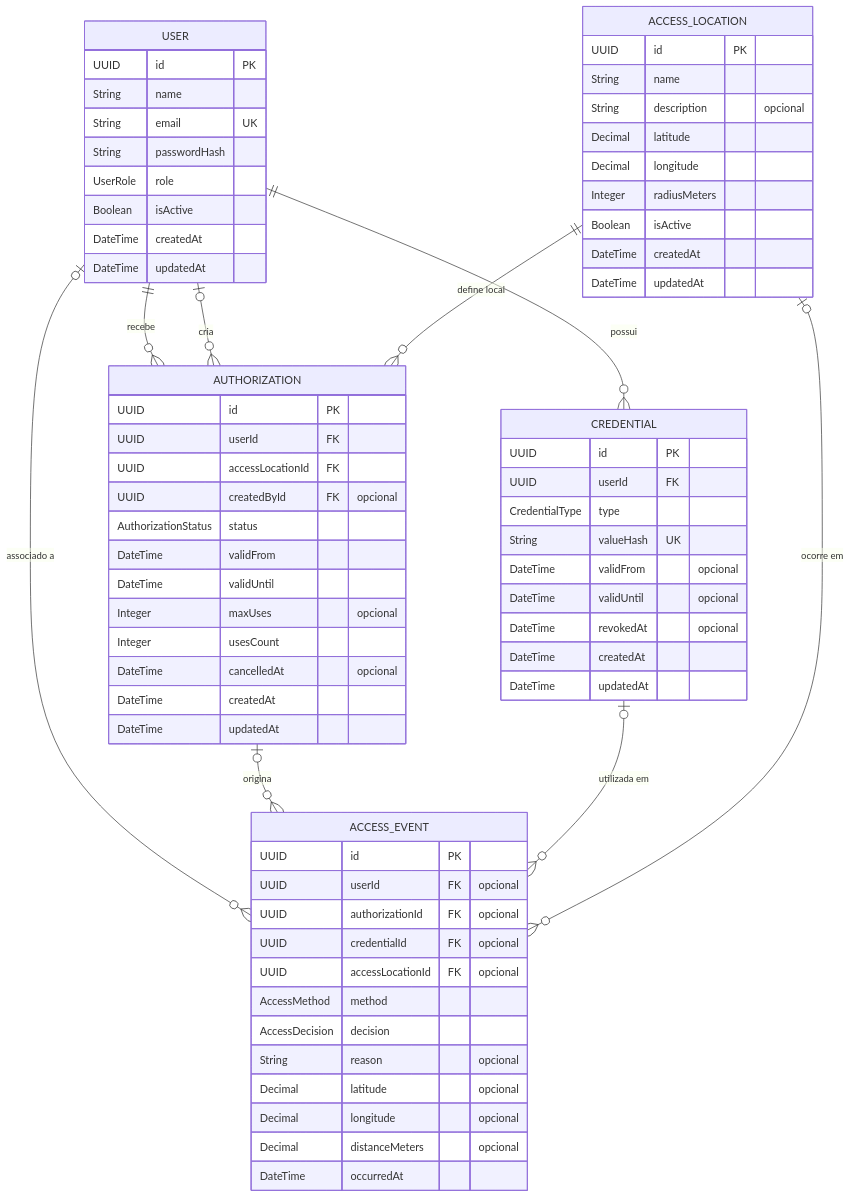
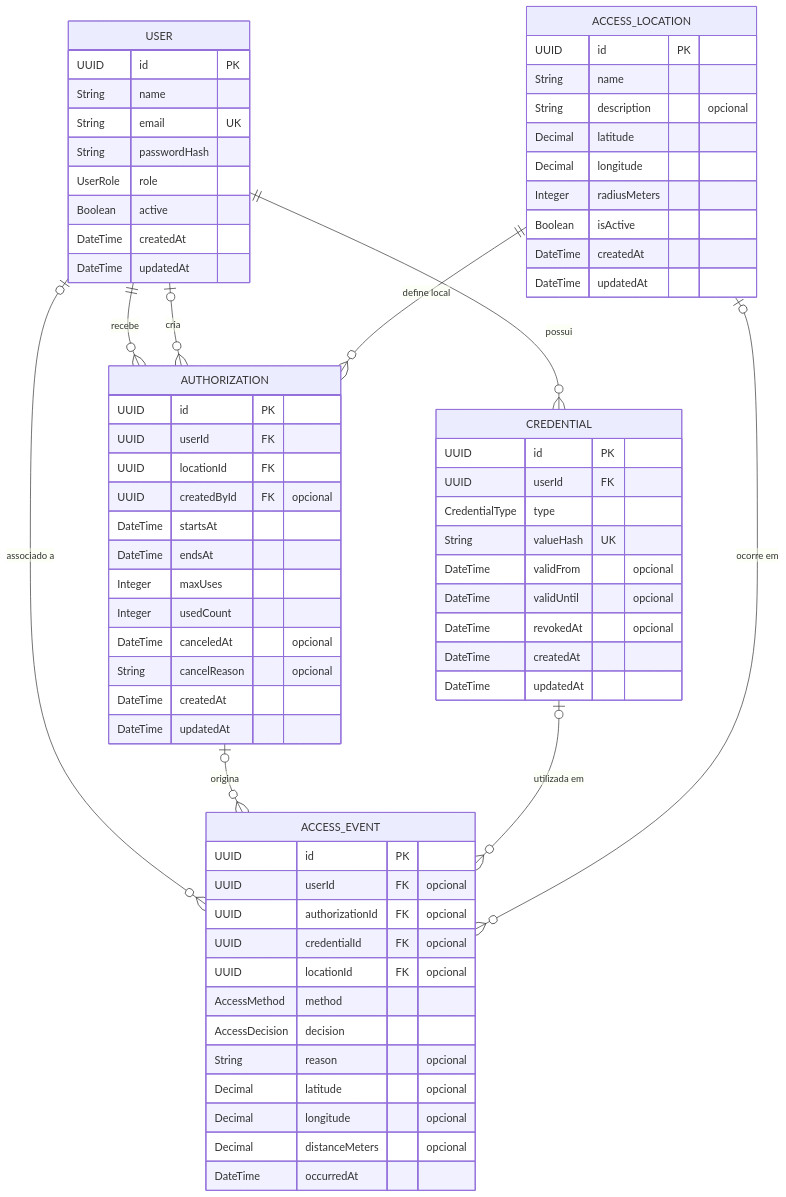
The diagram in docs/architecture/modelo-dados.md (ErrorSquad-ABP/ABP4-Sistema-Controle-Acesso), drawn with Mermaid before and after one commit. The commit also changed other lines of this file and 5 other files, not shown here.

````diff
--- a/docs/architecture/modelo-dados.md
+++ b/docs/architecture/modelo-dados.md
@@ -5,76 +7,76 @@
 ```mermaid
 erDiagram
     USER {
         UUID id PK
         String name
         String email UK
         String passwordHash
         UserRole role
-        Boolean isActive
+        Boolean active
         DateTime createdAt
         DateTime updatedAt
     }
 
     ACCESS_LOCATION {
         UUID id PK
         String name
         String description "opcional"
         Decimal latitude
         Decimal longitude
         Integer radiusMeters
         Boolean isActive
         DateTime createdAt
         DateTime updatedAt
     }
 
     AUTHORIZATION {
         UUID id PK
         UUID userId FK
-        UUID accessLocationId FK
+        UUID locationId FK
         UUID createdById FK "opcional"
-        AuthorizationStatus status
-        DateTime validFrom
-        DateTime validUntil
-        Integer maxUses "opcional"
-        Integer usesCount
-        DateTime cancelledAt "opcional"
+        DateTime startsAt
+        DateTime endsAt
+        Integer maxUses
+        Integer usedCount
+        DateTime canceledAt "opcional"
+        String cancelReason "opcional"
         DateTime createdAt
         DateTime updatedAt
     }
 
     CREDENTIAL {
         UUID id PK
         UUID userId FK
         CredentialType type
         String valueHash UK
         DateTime validFrom "opcional"
         DateTime validUntil "opcional"
         DateTime revokedAt "opcional"
         DateTime createdAt
         DateTime updatedAt
     }
 
     ACCESS_EVENT {
         UUID id PK
         UUID userId FK "opcional"
         UUID authorizationId FK "opcional"
         UUID credentialId FK "opcional"
-        UUID accessLocationId FK "opcional"
+        UUID locationId FK "opcional"
         AccessMethod method
         AccessDecision decision
         String reason "opcional"
         Decimal latitude "opcional"
         Decimal longitude "opcional"
         Decimal distanceMeters "opcional"
         DateTime occurredAt
     }
 
     USER ||--o{ AUTHORIZATION : "recebe"
     USER o|--o{ AUTHORIZATION : "cria"
     ACCESS_LOCATION ||--o{ AUTHORIZATION : "define local"
     USER ||--o{ CREDENTIAL : "possui"
     USER o|--o{ ACCESS_EVENT : "associado a"
     AUTHORIZATION o|--o{ ACCESS_EVENT : "origina"
     CREDENTIAL o|--o{ ACCESS_EVENT : "utilizada em"
     ACCESS_LOCATION o|--o{ ACCESS_EVENT : "ocorre em"
 ```
````
